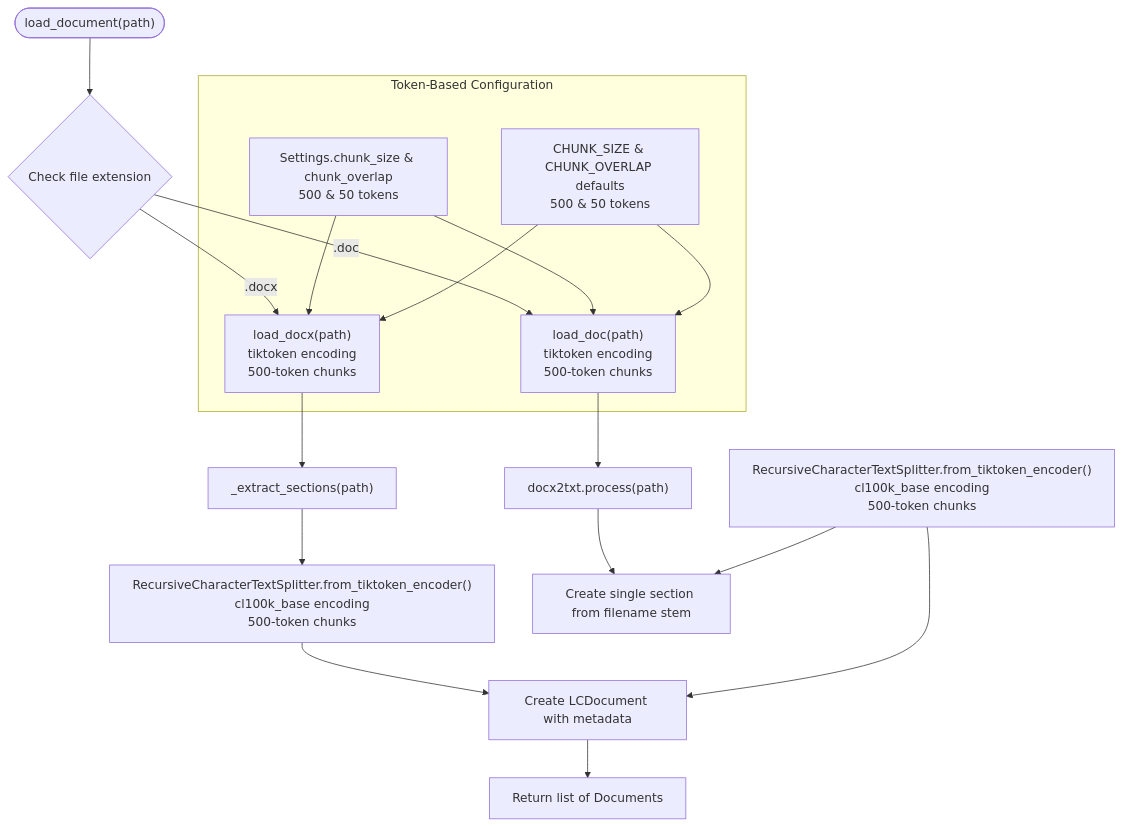
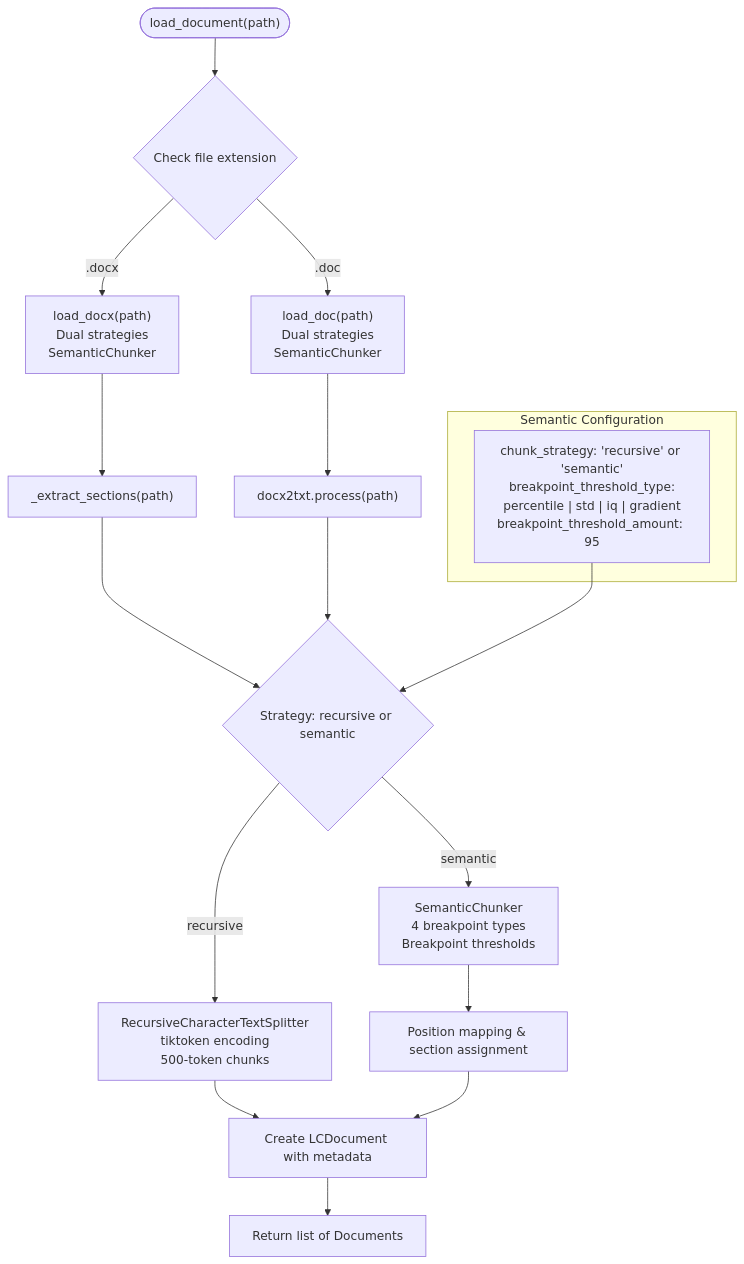
One commit to ognelis/cafetera_hr_bot changed the third of 12 diagrams in .qoder/repowiki/en/content/RAG Integration/RAG Parser Enhancement.md. Above: the diagram before and after it, drawn with Mermaid. The commit also changed other lines of this file and 10 other files, not shown here.

````diff
--- a/.qoder/repowiki/en/content/RAG Integration/RAG Parser Enhancement.md
+++ b/.qoder/repowiki/en/content/RAG Integration/RAG Parser Enhancement.md
@@ -204,22 +224,20 @@
 ```mermaid
 flowchart TD
 Start(["load_document(path)"]) --> CheckExt{"Check file extension"}
-CheckExt --> |".docx"| LoadDocx["load_docx(path)<br/>tiktoken encoding<br/>500-token chunks"]
-CheckExt --> |".doc"| LoadDoc["load_doc(path)<br/>tiktoken encoding<br/>500-token chunks"]
+CheckExt --> |".docx"| LoadDocx["load_docx(path)<br/>Dual strategies<br/>SemanticChunker"]
+CheckExt --> |".doc"| LoadDoc["load_doc(path)<br/>Dual strategies<br/>SemanticChunker"]
 LoadDocx --> Extract["_extract_sections(path)"]
 LoadDoc --> ProcessLegacy["docx2txt.process(path)"]
-Extract --> Split["RecursiveCharacterTextSplitter.from_tiktoken_encoder()<br/>cl100k_base encoding<br/>500-token chunks"]
-ProcessLegacy --> CreateSection["Create single section from filename stem"]
-SplitLegacy["RecursiveCharacterTextSplitter.from_tiktoken_encoder()<br/>cl100k_base encoding<br/>500-token chunks"] --> CreateSection
-Split --> Append["Create LCDocument with metadata"]
-SplitLegacy --> Append
-Append --> Return["Return list of Documents"]
-subgraph "Token-Based Configuration"
-Config["Settings.chunk_size & chunk_overlap<br/>500 & 50 tokens"]
-Default["CHUNK_SIZE & CHUNK_OVERLAP defaults<br/>500 & 50 tokens"]
-Config --> LoadDocx
-Config --> LoadDoc
-Default --> LoadDocx
-Default --> LoadDoc
+Extract --> Strategy{"Strategy: recursive or semantic"}
+ProcessLegacy --> Strategy
+Strategy --> |"recursive"| RecursiveSplit["RecursiveCharacterTextSplitter<br/>tiktoken encoding<br/>500-token chunks"]
+Strategy --> |"semantic"| SemanticSplit["SemanticChunker<br/>4 breakpoint types<br/>Breakpoint thresholds"]
+RecursiveSplit --> CreateDocs["Create LCDocument with metadata"]
+SemanticSplit --> PositionMapping["Position mapping & section assignment"]
+PositionMapping --> CreateDocs
+CreateDocs --> Return["Return list of Documents"]
+subgraph "Semantic Configuration"
+Config["chunk_strategy: 'recursive' or 'semantic'<br/>breakpoint_threshold_type:<br/>percentile | std | iq | gradient<br/>breakpoint_threshold_amount: 95"]
 end
+Config --> Strategy
 ```
````
